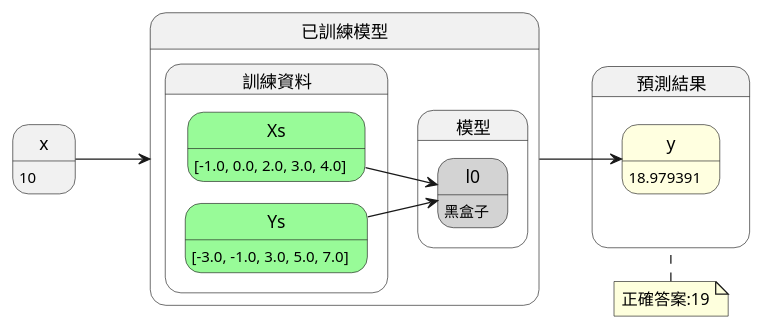
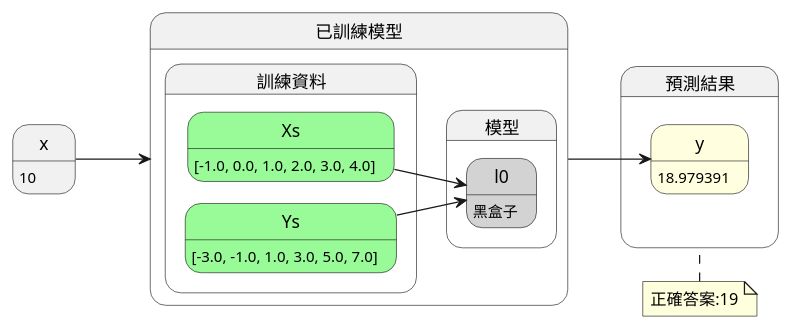
One commit to letranger/AI changed the third of 3 diagrams in 20221023101456-機器學習.org. Above: the diagram before and after it, drawn with PlantUML. The commit also changed other lines of this file and 74 other files, not shown here.

```diff
--- a/20221023101456-機器學習.org
+++ b/20221023101456-機器學習.org
@@ -380,23 +382,23 @@
 #+begin_src plantuml :file images/mldemo-3.png
 @startuml
  left to right direction
  state x: 10
  state 已訓練模型 {
  state 訓練資料 {
- state Xs #palegreen : [-1.0, 0.0, 2.0, 3.0, 4.0]
- state Ys #palegreen : [-3.0, -1.0, 3.0, 5.0, 7.0]
+ state Xs #palegreen : [-1.0, 0.0, 1.0, 2.0, 3.0, 4.0]
+ state Ys #palegreen : [-3.0, -1.0, 1.0, 3.0, 5.0, 7.0]
  }
  state 模型 {
  state l0 #lightgray : 黑盒子
  }
  Xs --> l0
  Ys --> l0
  }
  state 預測結果 {
  state y #lightyellow: 18.979391
  }
  x --> 已訓練模型
  已訓練模型 --> y
  note top of 預測結果: 正確答案:19
-@endum
+@enduml
 #+end_src
```
